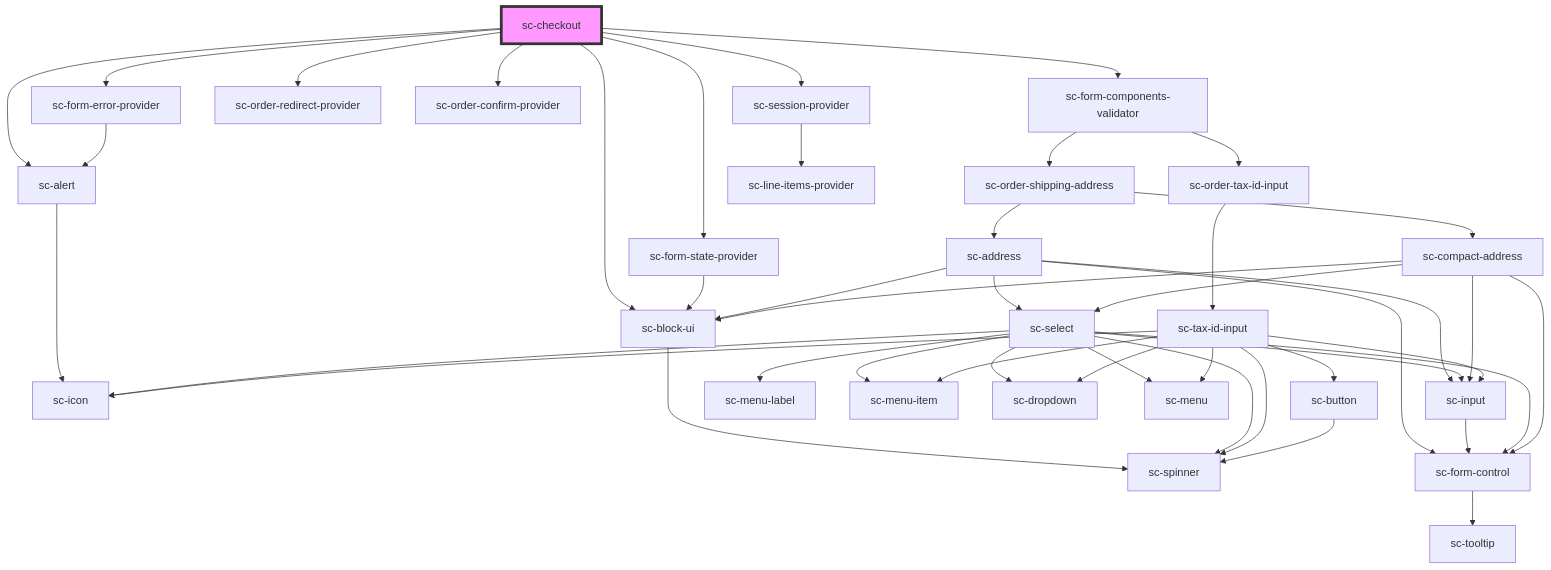
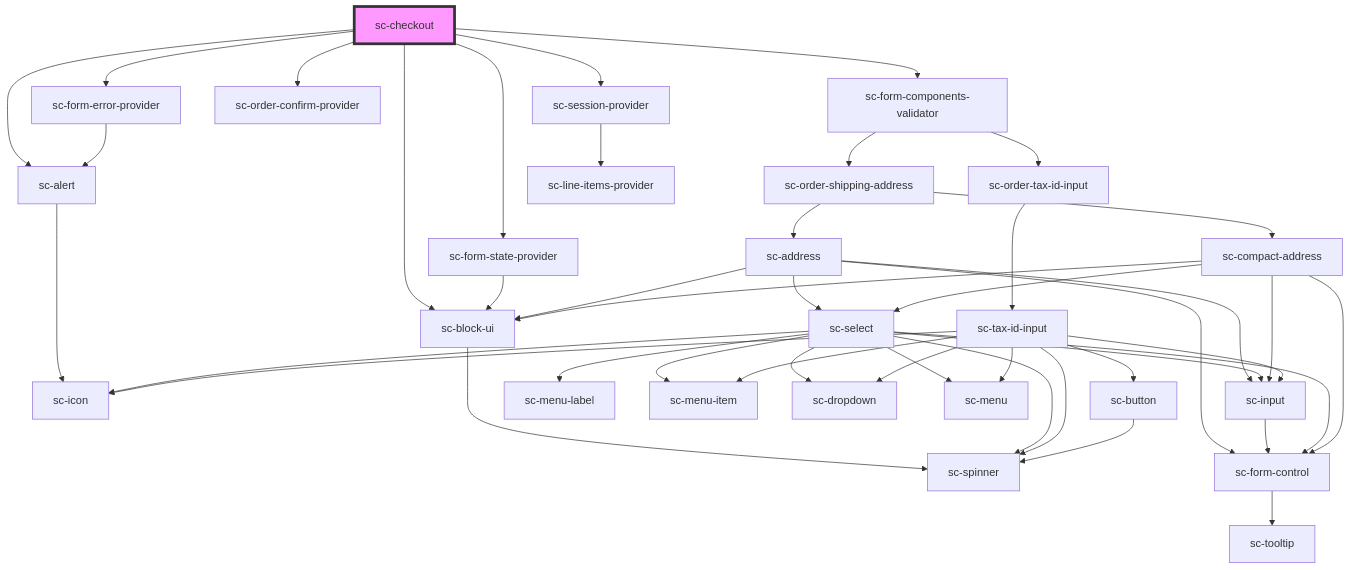
The diagram in packages/components/src/components/controllers/checkout-form/checkout/readme.md (surecart/surecart-wp-plugin), drawn with Mermaid before and after one commit. The commit also changed other lines of this file and 3 other files, not shown here.

````diff
--- a/packages/components/src/components/controllers/checkout-form/checkout/readme.md
+++ b/packages/components/src/components/controllers/checkout-form/checkout/readme.md
@@ -76,48 +75,47 @@
 ```mermaid
 graph TD;
   sc-checkout --> sc-alert
   sc-checkout --> sc-form-state-provider
   sc-checkout --> sc-form-error-provider
   sc-checkout --> sc-form-components-validator
-  sc-checkout --> sc-order-redirect-provider
   sc-checkout --> sc-order-confirm-provider
   sc-checkout --> sc-session-provider
   sc-checkout --> sc-block-ui
   sc-alert --> sc-icon
   sc-form-state-provider --> sc-block-ui
   sc-block-ui --> sc-spinner
   sc-form-error-provider --> sc-alert
   sc-form-components-validator --> sc-order-shipping-address
   sc-form-components-validator --> sc-order-tax-id-input
   sc-order-shipping-address --> sc-address
   sc-order-shipping-address --> sc-compact-address
   sc-address --> sc-form-control
   sc-address --> sc-input
   sc-address --> sc-select
   sc-address --> sc-block-ui
   sc-form-control --> sc-tooltip
   sc-input --> sc-form-control
   sc-select --> sc-icon
   sc-select --> sc-menu-label
   sc-select --> sc-menu-item
   sc-select --> sc-form-control
   sc-select --> sc-dropdown
   sc-select --> sc-input
   sc-select --> sc-spinner
   sc-select --> sc-menu
   sc-compact-address --> sc-form-control
   sc-compact-address --> sc-select
   sc-compact-address --> sc-input
   sc-compact-address --> sc-block-ui
   sc-order-tax-id-input --> sc-tax-id-input
   sc-tax-id-input --> sc-icon
   sc-tax-id-input --> sc-input
   sc-tax-id-input --> sc-spinner
   sc-tax-id-input --> sc-dropdown
   sc-tax-id-input --> sc-button
   sc-tax-id-input --> sc-menu
   sc-tax-id-input --> sc-menu-item
   sc-button --> sc-spinner
   sc-session-provider --> sc-line-items-provider
   style sc-checkout fill:#f9f,stroke:#333,stroke-width:4px
 ```
````
